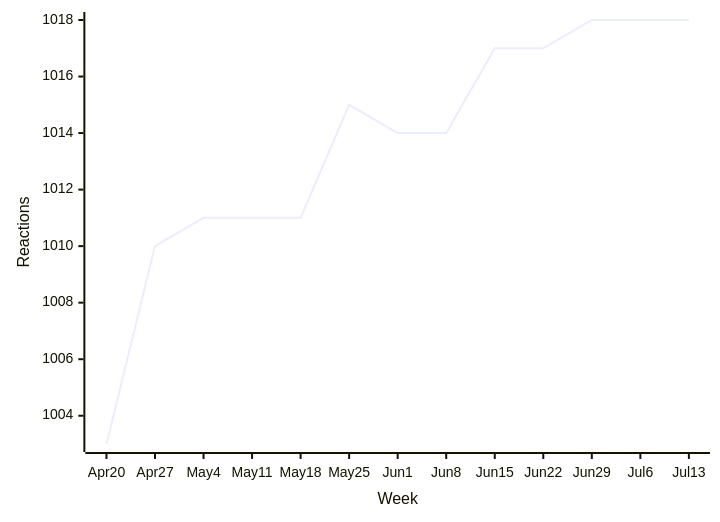
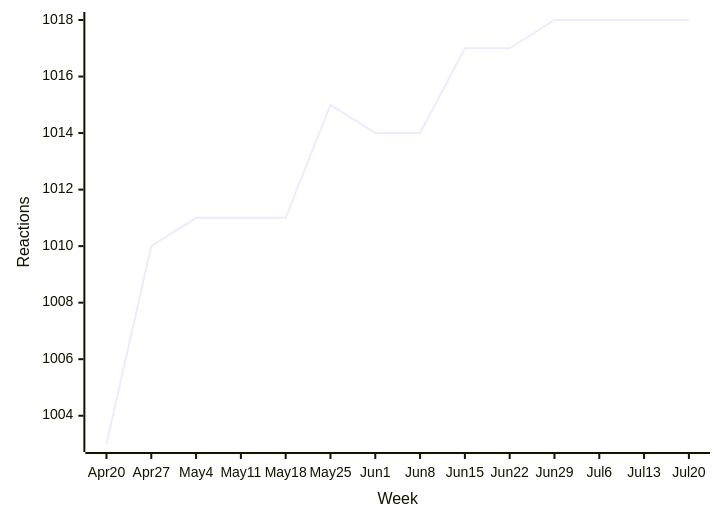
Before and after one commit to loic-sharma/github-insights: the tenth of 48 diagrams in README.md, drawn with Mermaid. The commit also changed other lines of this file and 3 other files, not shown here.

````diff
--- a/README.md
+++ b/README.md
@@ -492,6 +492,6 @@
   ```mermaid
   xychart-beta
-    x-axis "Week" [Apr 20, Apr 27, May 4, May 11, May 18, May 25, Jun 1, Jun 8, Jun 15, Jun 22, Jun 29, Jul 6, Jul 13]
+    x-axis "Week" [Apr 20, Apr 27, May 4, May 11, May 18, May 25, Jun 1, Jun 8, Jun 15, Jun 22, Jun 29, Jul 6, Jul 13, Jul 20]
     y-axis "Reactions"
-    line [1003, 1010, 1011, 1011, 1011, 1015, 1014, 1014, 1017, 1017, 1018, 1018, 1018]
+    line [1003, 1010, 1011, 1011, 1011, 1015, 1014, 1014, 1017, 1017, 1018, 1018, 1018, 1018]
   ```
````
